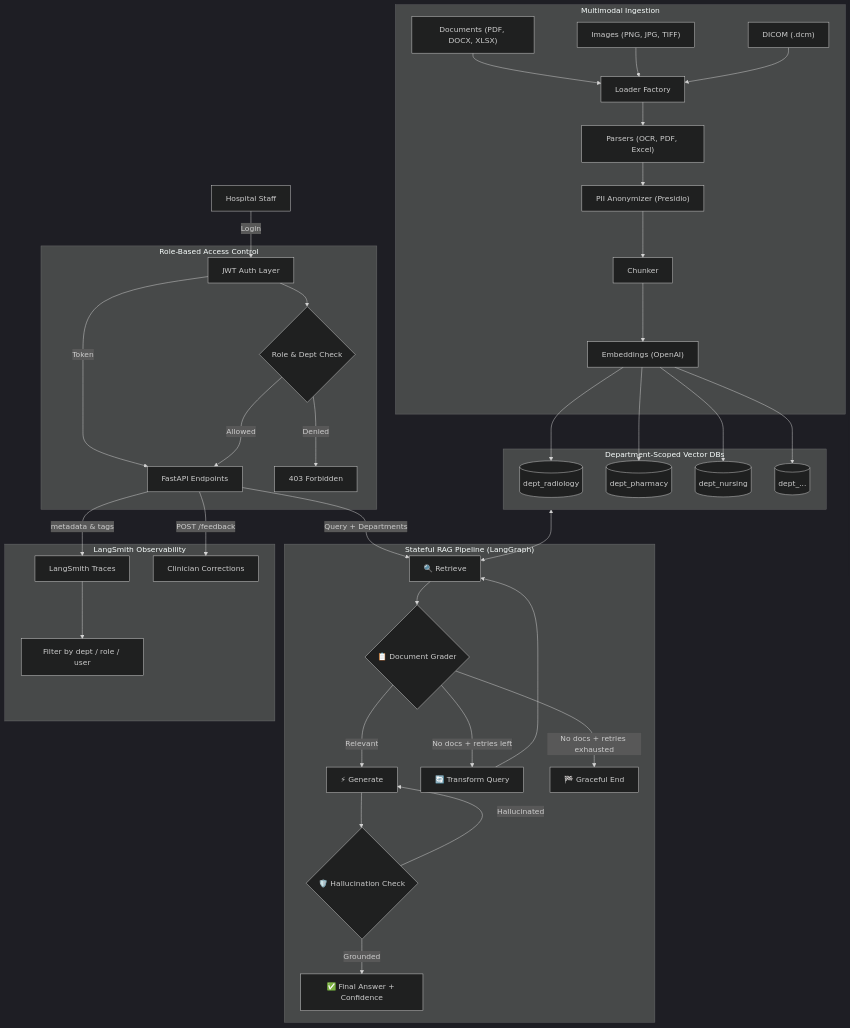
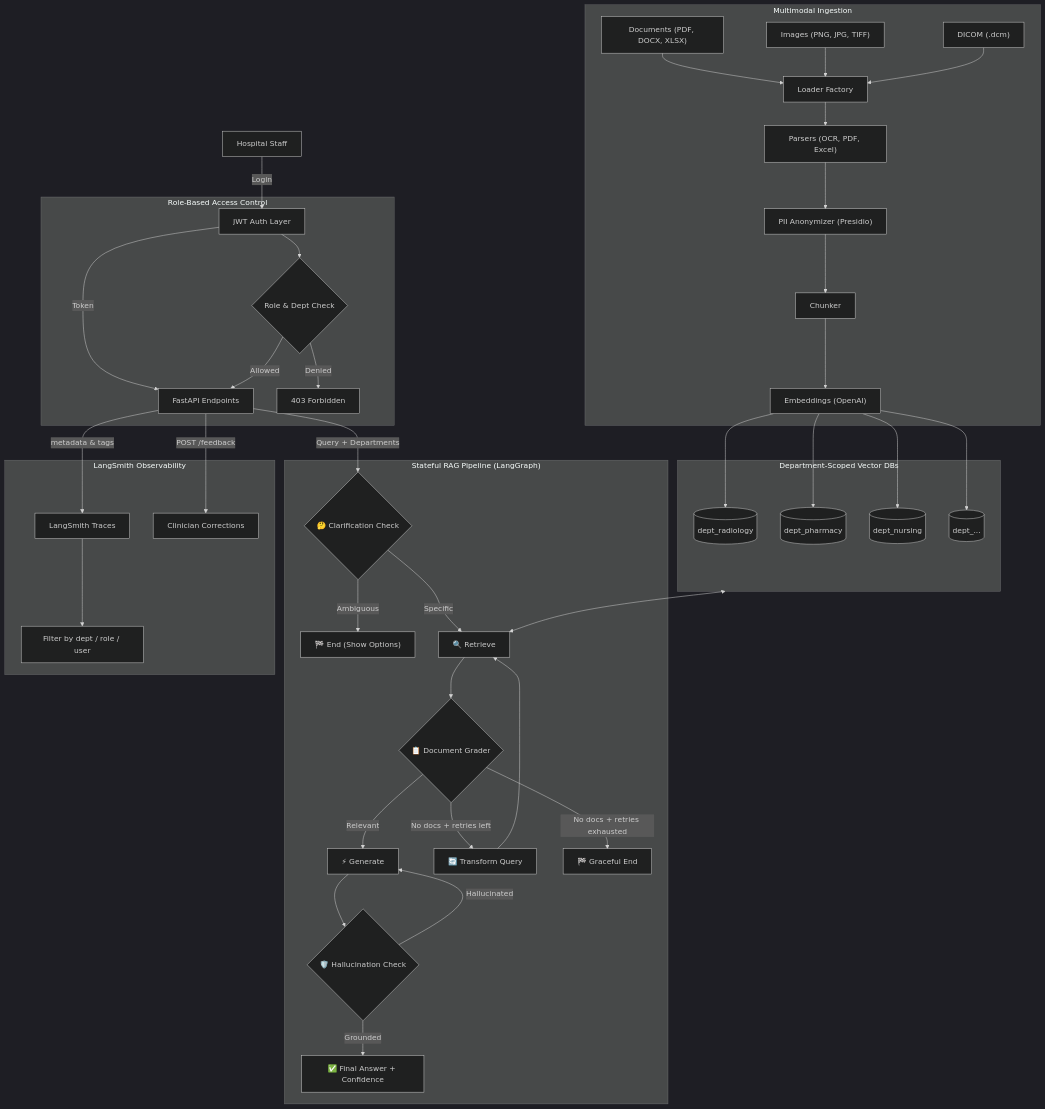
One commit to Anudeepsrib/ClinIQ changed the diagram in README.md. Above: the diagram before and after it, drawn with Mermaid (dark theme). The commit also changed other lines of this file, not shown here.

````diff
--- a/README.md
+++ b/README.md
@@ -55,48 +41,50 @@
 ```mermaid
 graph TD
     User["Hospital Staff"] -->|Login| Auth["JWT Auth Layer"]
     Auth -->|Token| API["FastAPI Endpoints"]
 
     subgraph RBAC ["Role-Based Access Control"]
         Auth --> RoleCheck{"Role & Dept Check"}
         RoleCheck -->|Allowed| API
         RoleCheck -->|Denied| Reject["403 Forbidden"]
     end
 
     subgraph IngestionPipeline ["Multimodal Ingestion"]
         Docs["Documents (PDF, DOCX, XLSX)"] --> Loader["Loader Factory"]
         Images["Images (PNG, JPG, TIFF)"] --> Loader
         DICOM["DICOM (.dcm)"] --> Loader
         Loader --> Parser["Parsers (OCR, PDF, Excel)"]
         Parser --> PII["PII Anonymizer (Presidio)"]
         PII --> Chunker["Chunker"]
         Chunker --> Embed["Embeddings (OpenAI)"]
     end
 
     subgraph VectorDBs ["Department-Scoped Vector DBs"]
         Embed --> DB1[("dept_radiology")]
         Embed --> DB2[("dept_pharmacy")]
         Embed --> DB3[("dept_nursing")]
         Embed --> DBn[("dept_...")]
     end
 
     subgraph RetrievalGraph ["Stateful RAG Pipeline (LangGraph)"]
-        API -->|"Query + Departments"| Retriever["🔍 Retrieve"]
+        API -->|"Query + Departments"| ClarCheck{"🤔 Clarification Check"}
+        ClarCheck -->|Ambiguous| ClarEnd["🏁 End (Show Options)"]
+        ClarCheck -->|Specific| Retriever["🔍 Retrieve"]
         Retriever --> Grader{"📋 Document Grader"}
         Grader -->|Relevant| Generator["⚡ Generate"]
         Grader -->|"No docs + retries left"| Transform["🔄 Transform Query"]
         Transform --> Retriever
         Grader -->|"No docs + retries exhausted"| Fallback["🏁 Graceful End"]
         Generator --> HalCheck{"🛡️ Hallucination Check"}
         HalCheck -->|Grounded| Response["✅ Final Answer + Confidence"]
         HalCheck -->|Hallucinated| Generator
     end
 
     subgraph Observability ["LangSmith Observability"]
         API -->|"metadata & tags"| LS["LangSmith Traces"]
         LS --> Dashboard["Filter by dept / role / user"]
         API -->|"POST /feedback"| Feedback["Clinician Corrections"]
     end
 
     VectorDBs <--> Retriever
 ```
````
